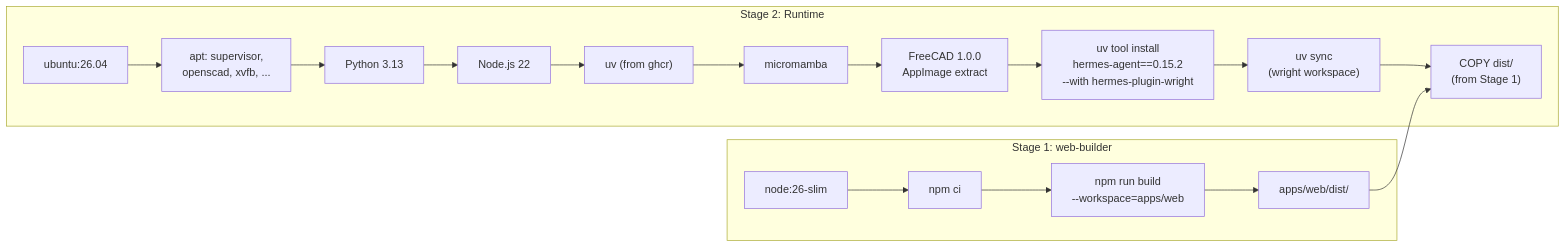
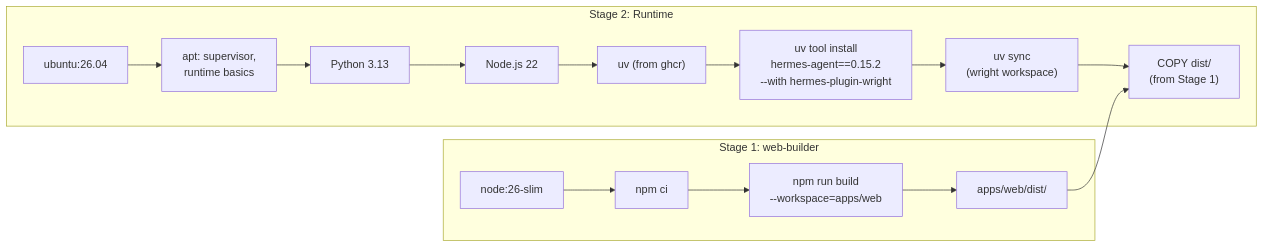
The fourth of 8 diagrams in docs/deployment-configurations.md (burhop/wright), drawn with Mermaid before and after one commit. The commit also changed other lines of this file and 2 other files, not shown here.

````diff
--- a/docs/deployment-configurations.md
+++ b/docs/deployment-configurations.md
@@ -248,24 +253,22 @@
 ```mermaid
 graph LR
     subgraph "Stage 1: web-builder"
         S1["node:26-slim"]
         S1 --> NPM["npm ci"]
         NPM --> BUILD["npm run build<br/>--workspace=apps/web"]
         BUILD --> DIST["apps/web/dist/"]
     end
 
     subgraph "Stage 2: Runtime"
         S2["ubuntu:26.04"]
-        S2 --> SYS["apt: supervisor,<br/>openscad, xvfb, ..."]
+        S2 --> SYS["apt: supervisor,<br/>runtime basics"]
         SYS --> PY["Python 3.13"]
         PY --> NODE["Node.js 22"]
         NODE --> UV["uv (from ghcr)"]
-        UV --> MAMBA["micromamba"]
-        MAMBA --> FC["FreeCAD 1.0.0<br/>AppImage extract"]
-        FC --> HERMES_INSTALL["uv tool install<br/>hermes-agent==0.15.2<br/>--with hermes-plugin-wright"]
+        UV --> HERMES_INSTALL["uv tool install<br/>hermes-agent==0.15.2<br/>--with hermes-plugin-wright"]
         HERMES_INSTALL --> WSYNC["uv sync<br/>(wright workspace)"]
         WSYNC --> COPY_DIST["COPY dist/<br/>(from Stage 1)"]
     end
 
     DIST --> COPY_DIST
 ```
````
